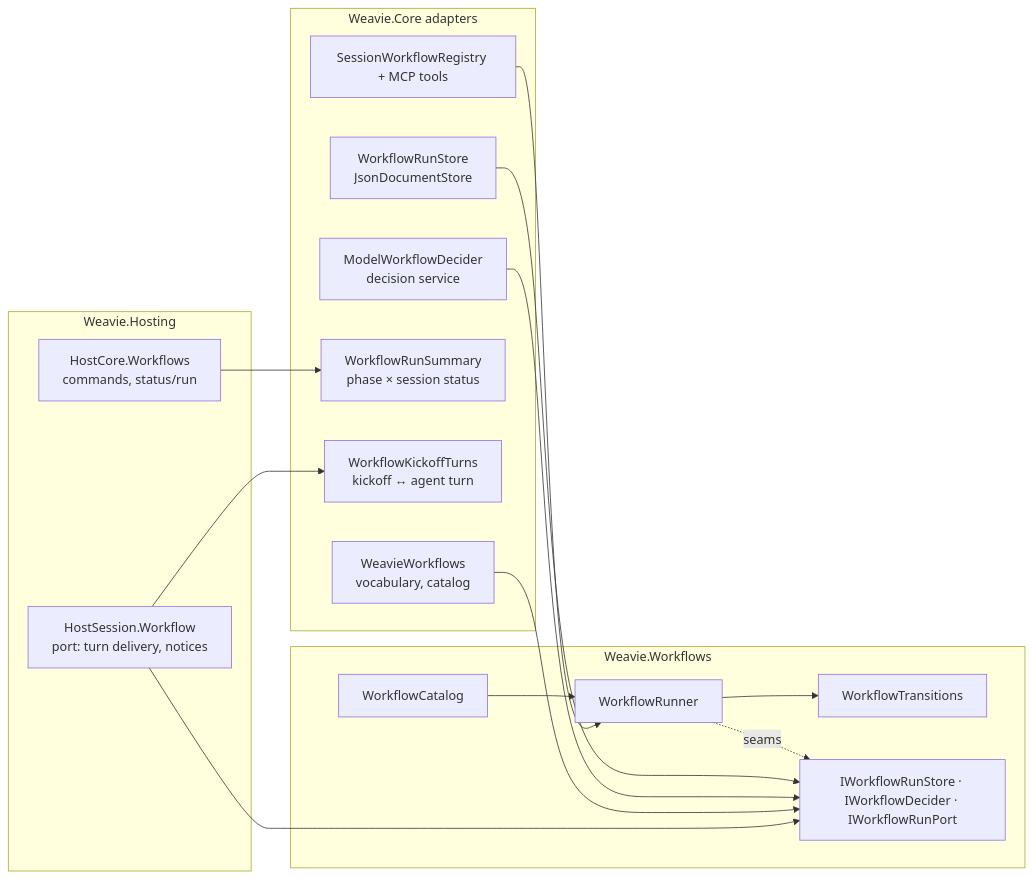
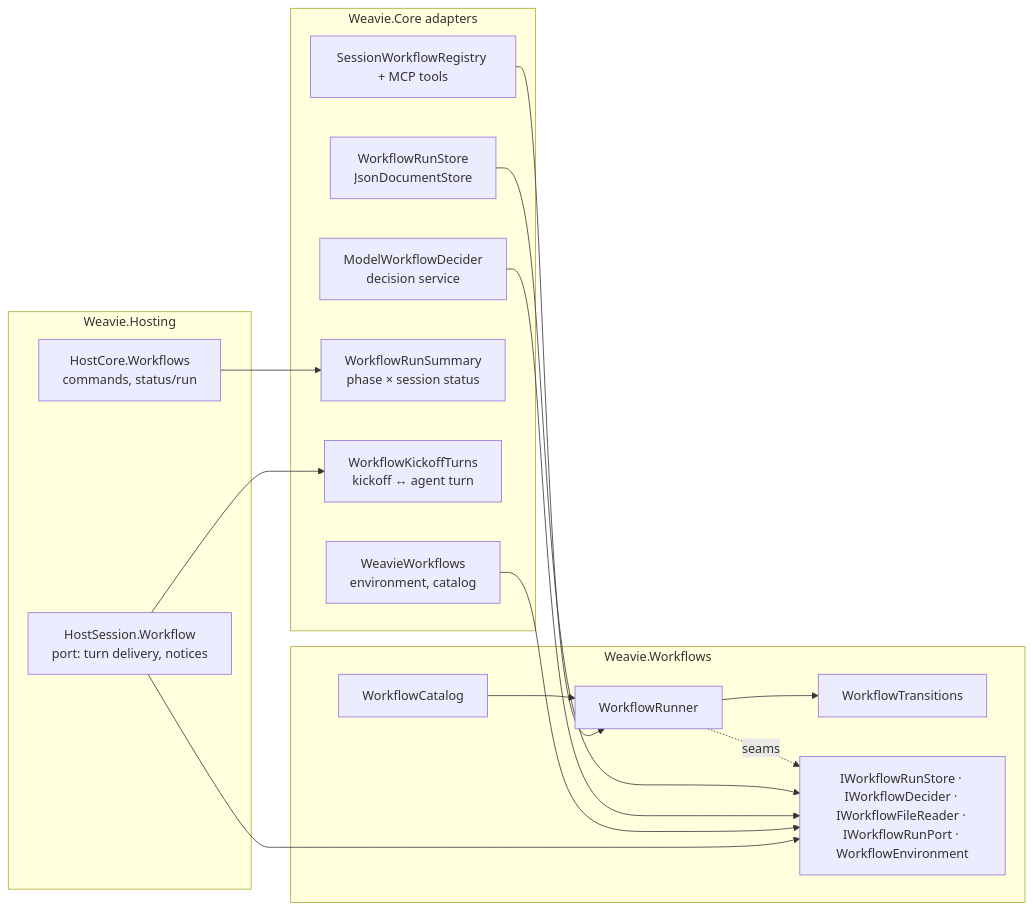
The first of 2 diagrams in docs/specs/workflows.md (Kapps/weavie), drawn with Mermaid before and after one commit. The commit also changed other lines of this file and 35 other files, not shown here.

First line of the commit message:
Give the workflow engine one environment, one file scope, and a test factory

````diff
--- a/docs/specs/workflows.md
+++ b/docs/specs/workflows.md
@@ -70,23 +76,23 @@
 ```mermaid
 flowchart LR
   subgraph Engine["Weavie.Workflows"]
     Catalog[WorkflowCatalog] --> Runner[WorkflowRunner]
     Runner --> Transitions[WorkflowTransitions]
-    Runner -. seams .-> Seams["IWorkflowRunStore · IWorkflowDecider · IWorkflowRunPort"]
+    Runner -. seams .-> Seams["IWorkflowRunStore · IWorkflowDecider · IWorkflowFileReader · IWorkflowRunPort · WorkflowEnvironment"]
   end
   subgraph Core["Weavie.Core adapters"]
     Store[WorkflowRunStore<br/>JsonDocumentStore] --> Seams
     Decider[ModelWorkflowDecider<br/>decision service] --> Seams
     Registry[SessionWorkflowRegistry + MCP tools]
     Summary[WorkflowRunSummary<br/>phase × session status]
     Turns[WorkflowKickoffTurns<br/>kickoff ↔ agent turn]
-    Words[WeavieWorkflows<br/>vocabulary, catalog] --> Seams
+    Words[WeavieWorkflows<br/>environment, catalog] --> Seams
   end
   subgraph Hosting["Weavie.Hosting"]
     Session[HostSession.Workflow<br/>port: turn delivery, notices] --> Seams
     Wire[HostCore.Workflows<br/>commands, status/run]
   end
   Registry --> Runner
   Wire --> Summary
   Session --> Turns
 ```
````
